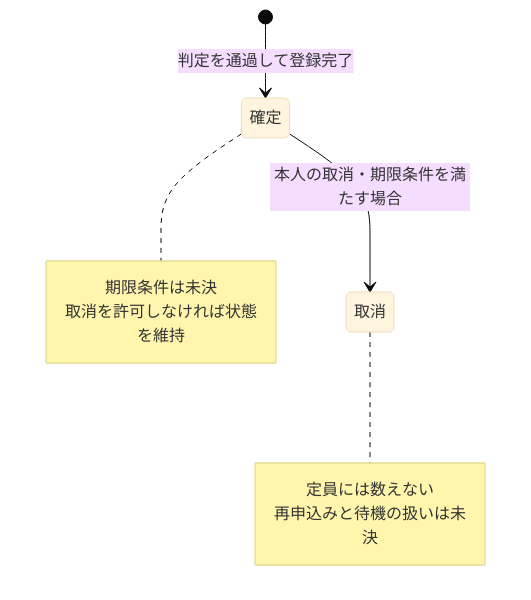
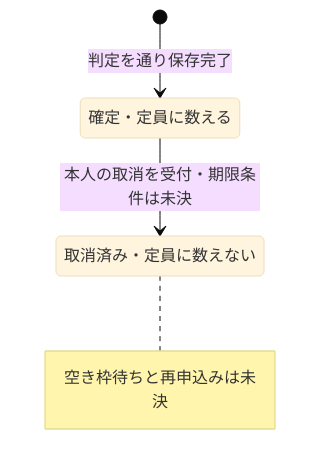
The diagram in docs/artifacts/skills/write-basic-design-document/out/diagrams/d-06-state.mmd (yukihito-jokyu/context), drawn with Mermaid (base theme) before and after one commit. The commit also changed 22 other files, not shown here.

```diff
--- a/docs/artifacts/skills/write-basic-design-document/out/diagrams/d-06-state.mmd
+++ b/docs/artifacts/skills/write-basic-design-document/out/diagrams/d-06-state.mmd
@@ -1,13 +1,8 @@
 stateDiagram-v2
-  state "確定" as Confirmed
-  state "取消" as Cancelled
-  [*] --> Confirmed: 判定を通過して登録完了
-  Confirmed --> Cancelled: 本人の取消・期限条件を満たす場合
-  note right of Confirmed
-    期限条件は未決
-    取消を許可しなければ状態を維持
+  state "確定・定員に数える" as Confirmed
+  state "取消済み・定員に数えない" as Cancelled
+  [*] --> Confirmed: 判定を通り保存完了
+  Confirmed --> Cancelled: 本人の取消を受付・期限条件は未決
+  note right of Cancelled
+    空き枠待ちと再申込みは未決
   end note
-  note right of Cancelled
-    定員には数えない
-    再申込みと待機の扱いは未決
-  end note
```
